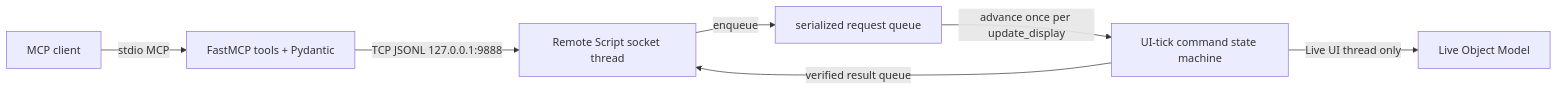
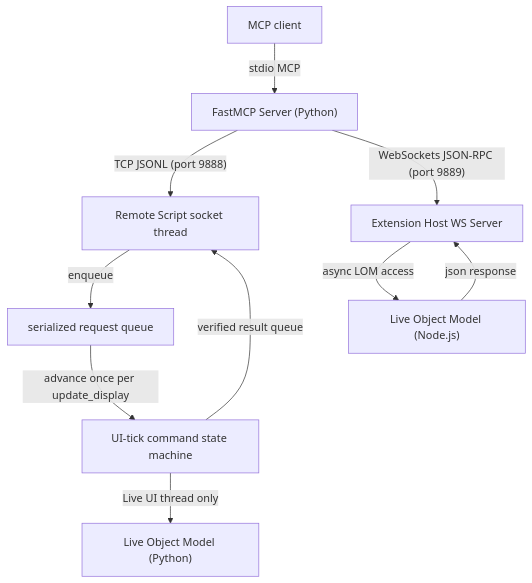
Before and after one commit to ntworm/ableton-mcp-server: the diagram in docs/ARCHITECTURE.md, drawn with Mermaid. The commit also changed other lines of this file and 2 other files, not shown here.

Commit message:
docs(v0.3.0): update documentation for hybrid architecture, new tools, and extension build steps
Phase 6 of the v0.3.0 implementation:
- Update CHANGELOG.md with v0.3.0 added features and upgraded tools
- Update README.md to describe the dual-bridge (TCP + WebSocket) architecture and extension compile commands
- Update docs/ARCHITECTURE.md component definitions, data flow diagrams, and error model tables

````diff
--- a/docs/ARCHITECTURE.md
+++ b/docs/ARCHITECTURE.md
@@ -14,9 +13,14 @@
 ```mermaid
-flowchart LR
-    Agent["MCP client"] -->|stdio MCP| Server["FastMCP tools + Pydantic"]
-    Server -->|"TCP JSONL 127.0.0.1:9888"| Socket["Remote Script socket thread"]
-    Socket -->|enqueue| Queue["serialized request queue"]
+flowchart TD
+    Agent["MCP client"] -->|stdio MCP| Server["FastMCP Server (Python)"]
+    Server -->|"TCP JSONL (port 9888)"| SocketPy["Remote Script socket thread"]
+    Server -->|"WebSockets JSON-RPC (port 9889)"| SocketNode["Extension Host WS Server"]
+    
+    SocketPy -->|enqueue| Queue["serialized request queue"]
     Queue -->|"advance once per update_display"| Task["UI-tick command state machine"]
-    Task -->|Live UI thread only| LOM["Live Object Model"]
-    Task -->|verified result queue| Socket
+    Task -->|Live UI thread only| LOM1["Live Object Model (Python)"]
+    Task -->|verified result queue| SocketPy
+    
+    SocketNode -->|async LOM access| LOM2["Live Object Model (Node.js)"]
+    LOM2 -->|json response| SocketNode
 ```
````
